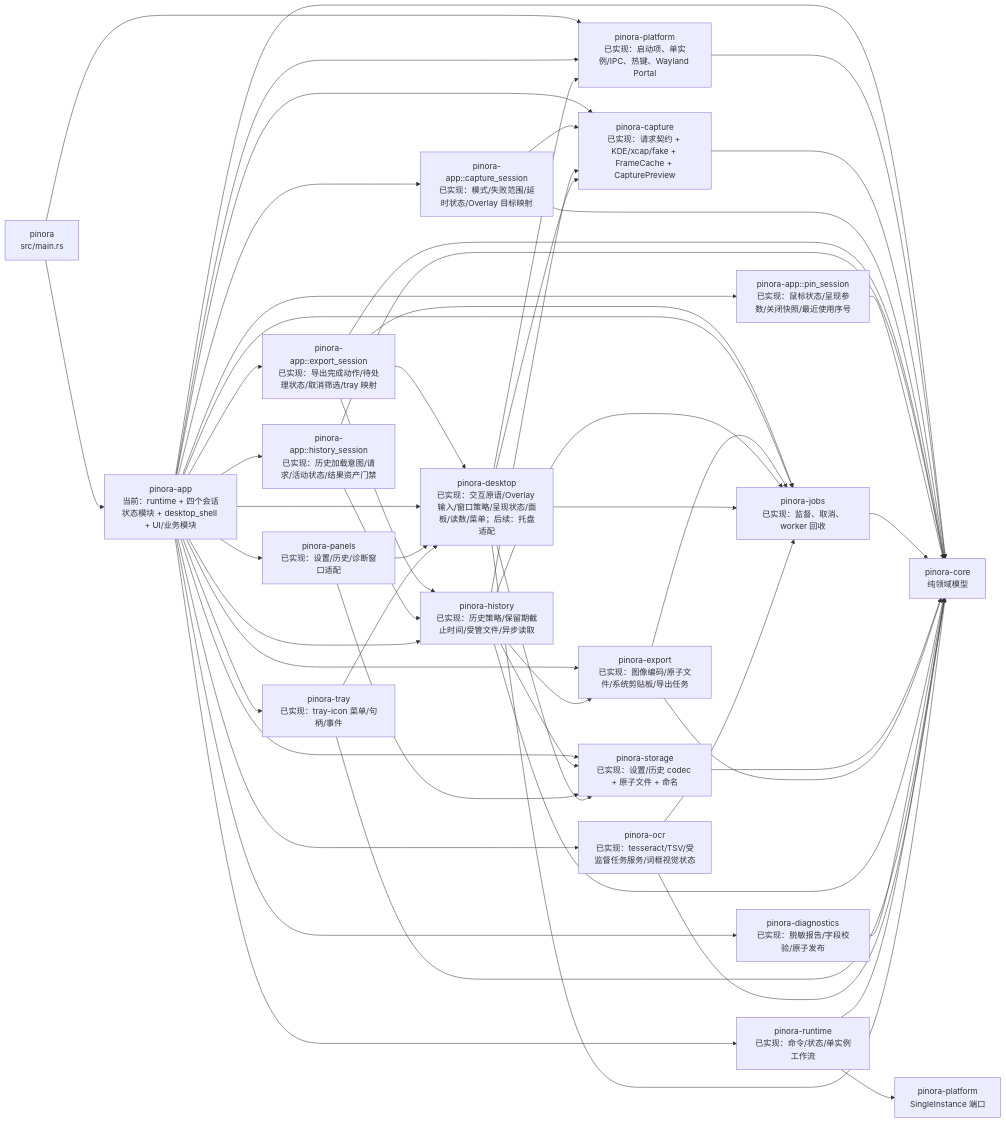
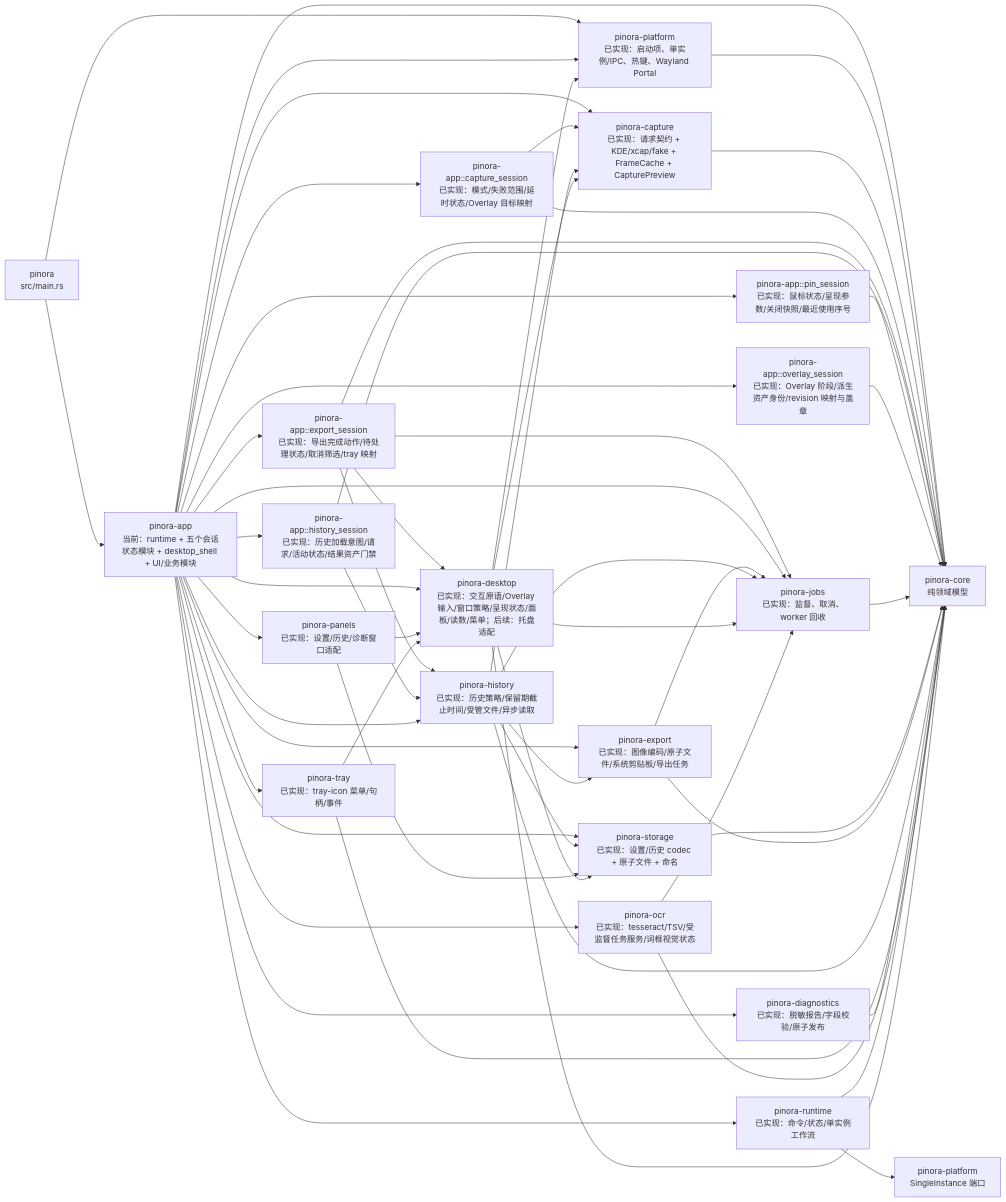
Before and after one commit to yhyzgn/pinora: the third of 29 diagrams in docs/Pinora-开发设计文档.md, drawn with Mermaid. The commit also changed other lines of this file and 9 other files, not shown here.

First line of the commit message:
refactor(app): isolate overlay session state

````diff
--- a/docs/Pinora-开发设计文档.md
+++ b/docs/Pinora-开发设计文档.md
@@ -236,57 +236,59 @@
 ```mermaid
 flowchart LR
-    Main["pinora\nsrc/main.rs"] --> App["pinora-app\n当前：runtime + 四个会话状态模块 + desktop_shell + UI/业务模块"]
+    Main["pinora\nsrc/main.rs"] --> App["pinora-app\n当前：runtime + 五个会话状态模块 + desktop_shell + UI/业务模块"]
     Main --> Platform["pinora-platform\n已实现：启动项、单实例/IPC、热键、Wayland Portal"]
     App --> Platform
     App --> Core["pinora-core\n纯领域模型"]
     Platform --> Core
 
     App --> CaptureNow["pinora-capture\n已实现：请求契约 + KDE/xcap/fake + FrameCache + CapturePreview"]
     CaptureNow --> Core
     App --> CaptureSession["pinora-app::capture_session\n已实现：模式/失败范围/延时状态/Overlay 目标映射"]
     CaptureSession --> CaptureNow
     CaptureSession --> Core
     App --> ExportSession["pinora-app::export_session\n已实现：导出完成动作/待处理状态/取消筛选/tray 映射"]
     ExportSession --> Core
     ExportSession --> HistoryNow
     ExportSession --> Desktop
     ExportSession --> JobsNow
     App --> HistorySession["pinora-app::history_session\n已实现：历史加载意图/请求/活动状态/结果资产门禁"]
     HistorySession --> Core
     HistorySession --> HistoryNow
     App --> PinSession["pinora-app::pin_session\n已实现：鼠标状态/呈现参数/关闭快照/最近使用序号"]
     PinSession --> Core
+    App --> OverlaySession["pinora-app::overlay_session\n已实现：Overlay 阶段/派生资产身份/revision 映射与盖章"]
+    OverlaySession --> Core
     App --> JobsNow["pinora-jobs\n已实现：监督、取消、worker 回收"]
     JobsNow --> Core
     App --> StorageNow["pinora-storage\n已实现：设置/历史 codec + 原子文件 + 命名"]
     StorageNow --> Core
     App --> Desktop["pinora-desktop\n已实现：交互原语/Overlay 输入/窗口策略/呈现状态/面板/读数/菜单；后续：托盘适配"]
     App --> ExportNow["pinora-export\n已实现：图像编码/原子文件/系统剪贴板/导出任务"]
     ExportNow --> Core
     ExportNow --> JobsNow
     App --> HistoryNow["pinora-history\n已实现：历史策略/保留期截止时间/受管文件/异步读取"]
     HistoryNow --> Core
     HistoryNow --> StorageNow
     HistoryNow --> CaptureNow
     HistoryNow --> JobsNow
     HistoryNow --> ExportNow
     App --> DiagnosticsNow["pinora-diagnostics\n已实现：脱敏报告/字段校验/原子发布"]
     DiagnosticsNow --> Core
     App --> PanelsNow["pinora-panels\n已实现：设置/历史/诊断窗口适配"]
     PanelsNow --> Desktop
     PanelsNow --> StorageNow
     App --> TrayNow["pinora-tray\n已实现：tray-icon 菜单/句柄/事件"]
     TrayNow --> Core
     TrayNow --> Desktop
     App --> RuntimeNow["pinora-runtime\n已实现：命令/状态/单实例工作流"]
     RuntimeNow --> Core
     RuntimeNow --> PlatformNow["pinora-platform\nSingleInstance 端口"]
     App --> Ocr["pinora-ocr\n已实现：tesseract/TSV/受监督任务服务/词框视觉状态"]
     Ocr --> Core
     Desktop --> Core
     Desktop --> Platform
     Desktop --> CaptureNow
     Desktop --> JobsNow
     Desktop --> StorageNow
     Ocr --> JobsNow
 ```
````
